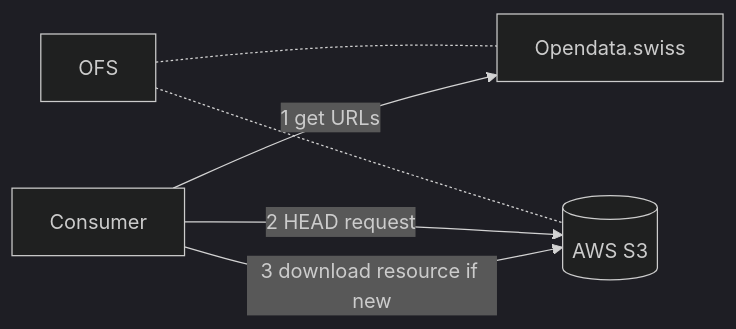
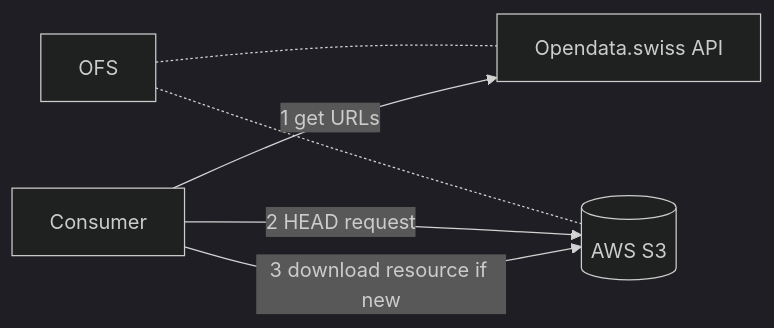
One commit to bfspoku/wd-poku changed the diagram in APIs_elections2023.Rmd. Above: the diagram before and after it, drawn with Mermaid (dark theme). The commit also changed other lines of this file, not shown here.

Commit message:
Added links to the API Endpoints in the doc.

````diff
--- a/APIs_elections2023.Rmd
+++ b/APIs_elections2023.Rmd
@@ -15,8 +21,8 @@
 ```mermaid
 flowchart LR
-    id1 -.- id4[Opendata.swiss];
+    id1 -.- id4[Opendata.swiss API];
     id1[OFS] -.- id2[(AWS S3)];
     id3[Consumer] -->|1 get URLs| id4;
     id3[Consumer] -->|2 HEAD request| id2;
     id3[Consumer] -->|3 download resource if new| id2;
 ```
````
